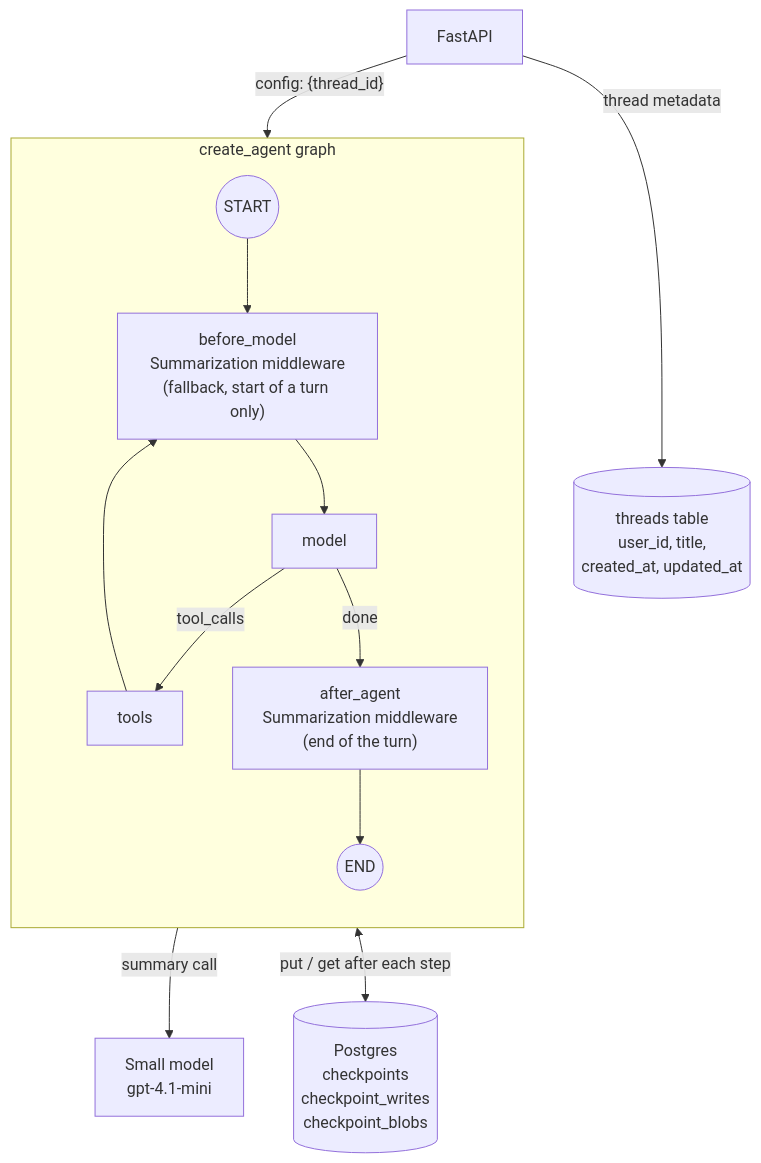
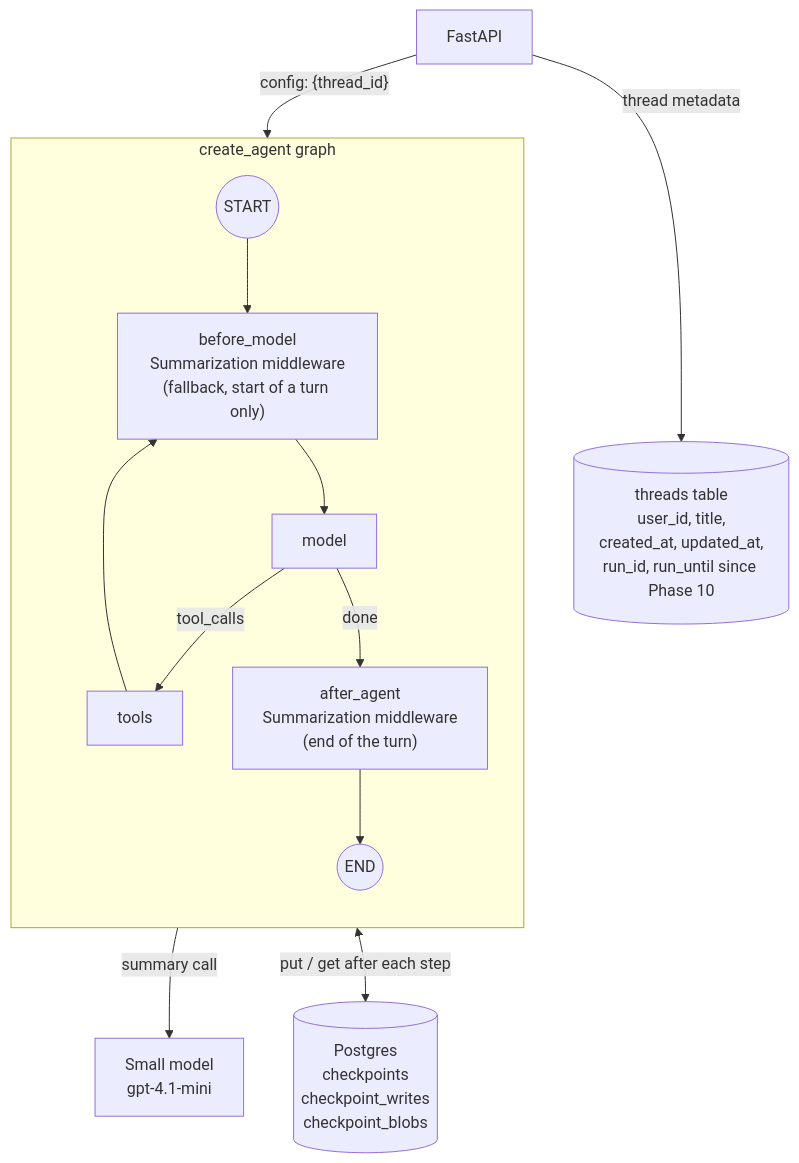
The first of 3 diagrams in docs/phase-3-short-term-memory-checkpointing.md (Anirudh1905/agentic-ai-chatbot), drawn with Mermaid before and after one commit. The commit also changed other lines of this file and 72 other files, not shown here.

````diff
--- a/docs/phase-3-short-term-memory-checkpointing.md
+++ b/docs/phase-3-short-term-memory-checkpointing.md
@@ -20,18 +20,18 @@
 ```mermaid
 flowchart TB
     API[FastAPI] -->|"config: {thread_id}"| Agent
 
     subgraph Agent["create_agent graph"]
         direction TB
         START((START)) --> Check["before_model<br/>Summarization middleware<br/>(fallback, start of a turn only)"]
         Check --> Model[model]
         Model -->|tool_calls| Tools[tools]
         Tools --> Check
         Model -->|done| Sum["after_agent<br/>Summarization middleware<br/>(end of the turn)"]
         Sum --> END((END))
     end
 
     Agent <-->|"put / get after each step"| CP[(Postgres<br/>checkpoints<br/>checkpoint_writes<br/>checkpoint_blobs)]
     Sum -->|summary call| Small[Small model<br/>gpt-4.1-mini]
-    API -->|thread metadata| Threads[(threads table<br/>user_id, title,<br/>created_at, updated_at)]
+    API -->|thread metadata| Threads[(threads table<br/>user_id, title,<br/>created_at, updated_at,<br/>run_id, run_until since Phase 10)]
 ```
````
